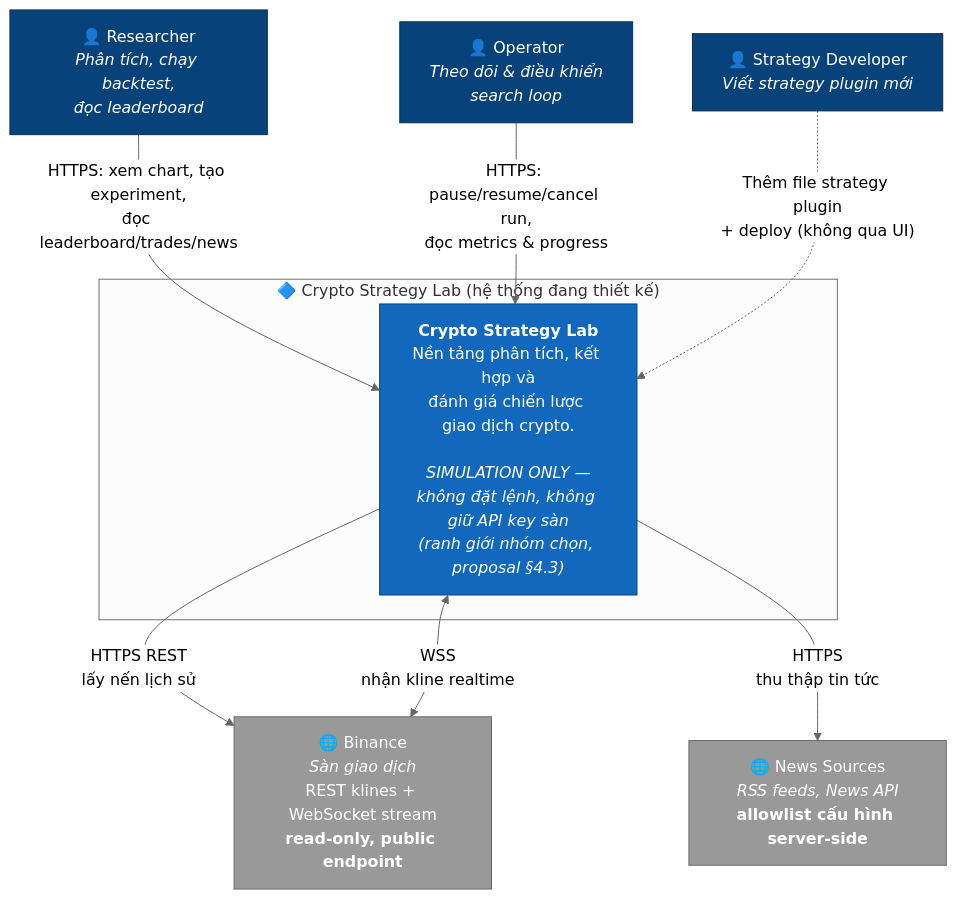
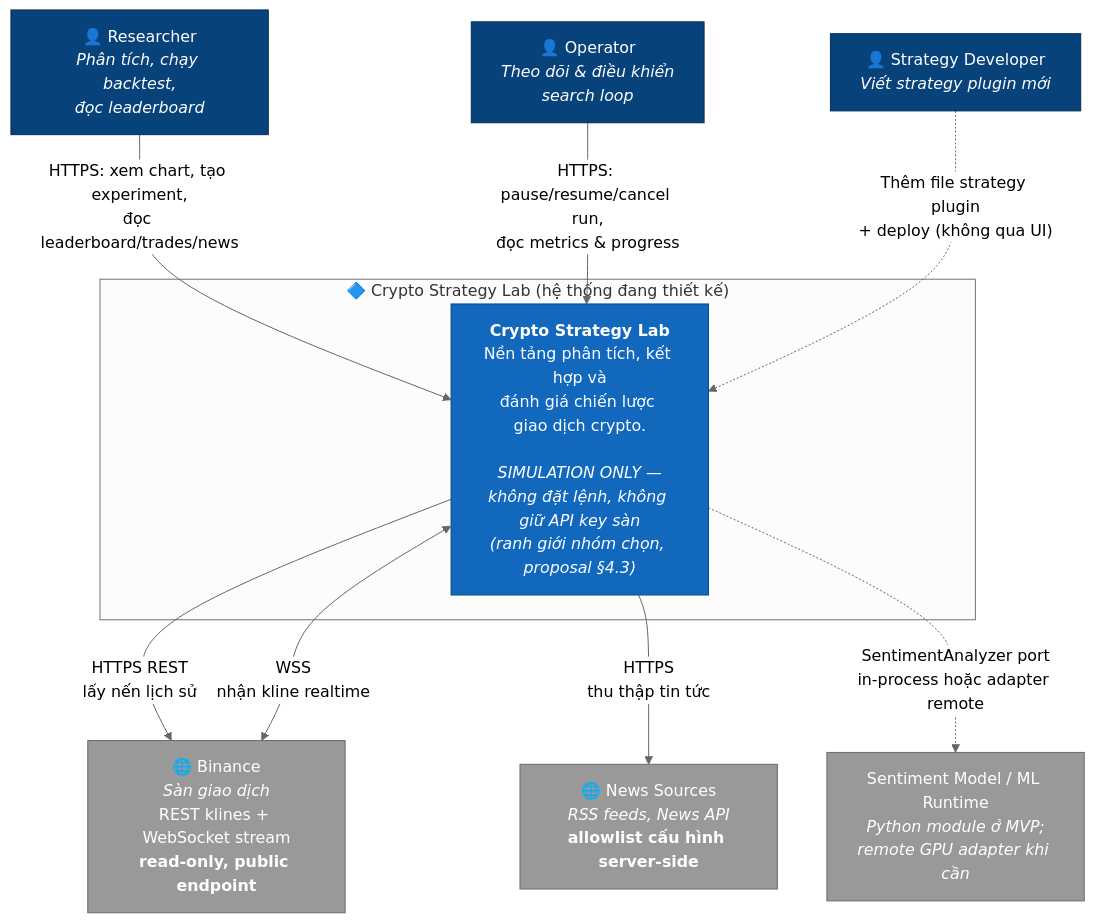
One commit to EnsoTech-Studio/CryptoBot changed the first of 15 diagrams in blueprint/design.md. Above: the diagram before and after it, drawn with Mermaid (neutral theme). The commit also changed other lines of this file and 59 other files, not shown here.

Commit message:
update(blueprint): finalize architecture contracts

````diff
--- a/blueprint/design.md
+++ b/blueprint/design.md
@@ -216,28 +502,30 @@
 ```mermaid
 flowchart TB
     Researcher["👤 Researcher<br/><i>Phân tích, chạy backtest,<br/>đọc leaderboard</i>"]
     Operator["👤 Operator<br/><i>Theo dõi & điều khiển<br/>search loop</i>"]
     Developer["👤 Strategy Developer<br/><i>Viết strategy plugin mới</i>"]
 
     subgraph SystemBoundary["🔷 Crypto Strategy Lab (hệ thống đang thiết kế)"]
         System["<b>Crypto Strategy Lab</b><br/>Nền tảng phân tích, kết hợp và<br/>đánh giá chiến lược giao dịch crypto.<br/><br/><i>SIMULATION ONLY —<br/>không đặt lệnh, không giữ API key sàn<br/>(ranh giới nhóm chọn, proposal §4.3)</i>"]
     end
 
     Binance["🌐 Binance<br/><i>Sàn giao dịch</i><br/>REST klines + WebSocket stream<br/><b>read-only, public endpoint</b>"]
     NewsSrc["🌐 News Sources<br/><i>RSS feeds, News API</i><br/><b>allowlist cấu hình server-side</b>"]
+    MLModel["Sentiment Model / ML Runtime<br/><i>Python module ở MVP;<br/>remote GPU adapter khi cần</i>"]
 
     Researcher -->|"HTTPS: xem chart, tạo experiment,<br/>đọc leaderboard/trades/news"| System
     Operator -->|"HTTPS: pause/resume/cancel run,<br/>đọc metrics & progress"| System
     Developer -.->|"Thêm file strategy plugin<br/>+ deploy (không qua UI)"| System
 
     System -->|"HTTPS REST<br/>lấy nến lịch sử"| Binance
     System <-->|"WSS<br/>nhận kline realtime"| Binance
     System -->|"HTTPS<br/>thu thập tin tức"| NewsSrc
+    System -.->|"SentimentAnalyzer port<br/>in-process hoặc adapter remote"| MLModel
 
     classDef person fill:#08427b,stroke:#052e56,color:#fff
     classDef system fill:#1168bd,stroke:#0b4884,color:#fff
     classDef external fill:#999,stroke:#6b6b6b,color:#fff
     class Researcher,Operator,Developer person
     class System system
-    class Binance,NewsSrc external
+    class Binance,NewsSrc,MLModel external
 ```
````
